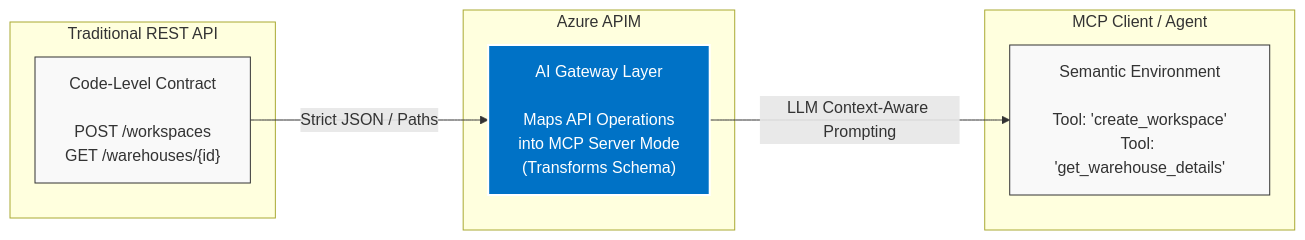
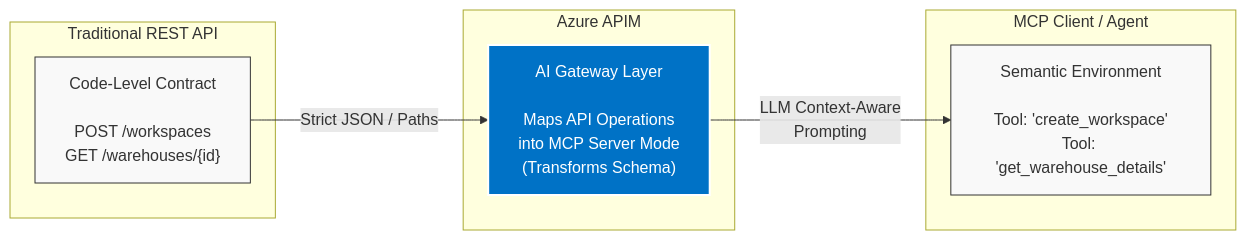
Before and after one commit to banban/architecture-as-code: the third of 6 diagrams in blueprints/AIA/README.md, drawn with Mermaid. The commit also changed other lines of this file, not shown here.

````diff
--- a/blueprints/AIA/README.md
+++ b/blueprints/AIA/README.md
@@ -67,21 +100,21 @@
 ```mermaid
 graph LR
     subgraph REST_API [Traditional REST API]
         A["Code-Level Contract<br><br>POST /workspaces<br>GET /warehouses/{id}"]
     end
 
     subgraph APIM_GATEWAY [Azure APIM]
         B["AI Gateway Layer<br><br>Maps API Operations<br>into MCP Server Mode<br>(Transforms Schema)"]
     end
 
     subgraph MCP_CLIENT [MCP Client / Agent]
         C["Semantic Environment<br><br>Tool: 'create_workspace'<br>Tool: 'get_warehouse_details'"]
     end
 
     A -->|Strict JSON / Paths| B
-    B -->|LLM Context-Aware Prompting| C
+    B -->|LLM Context-Aware<br/>Prompting| C
 
     style A fill:#f9f9f9,stroke:#333,stroke-width:1px
     style B fill:#0072C6,stroke:#fff,stroke-width:2px,color:#fff
     style C fill:#f9f9f9,stroke:#333,stroke-width:1px
 ```
````
